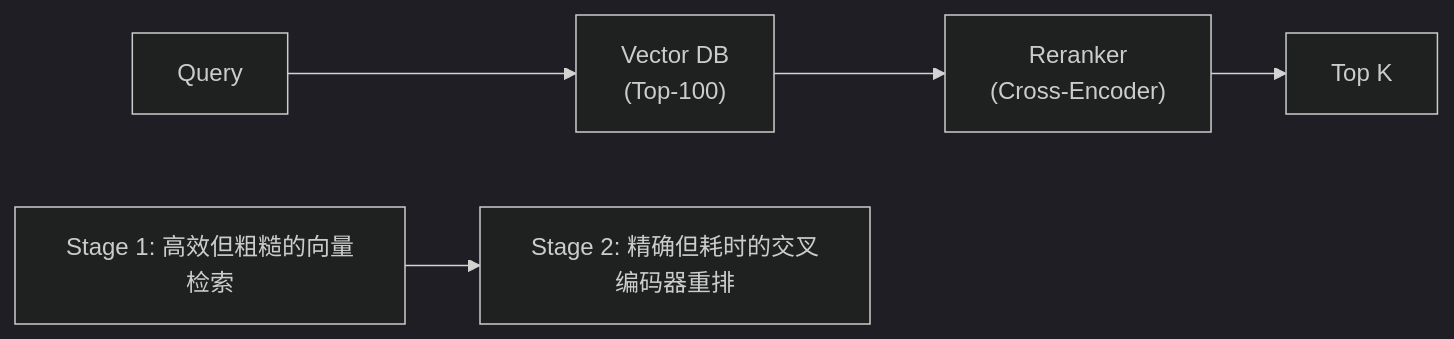
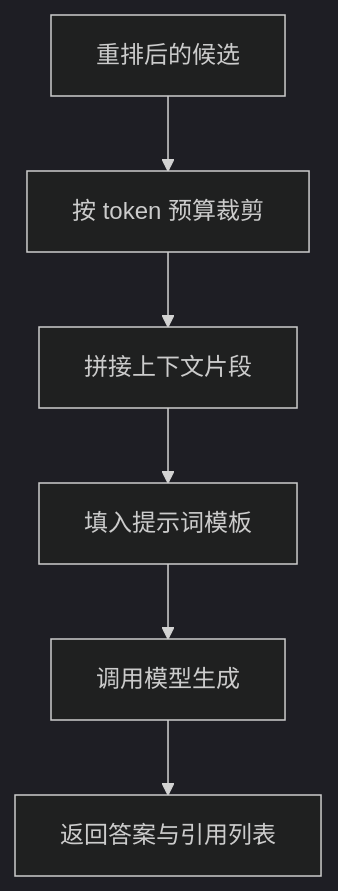
The ninth of 9 diagrams in docs/agent/applications/rag-principles-retrieval.md (Shyu-x/frontend-interview), drawn with Mermaid (dark theme) before and after one commit. The commit also changed other lines of this file and 58 other files, not shown here.

````diff
--- a/docs/agent/applications/rag-principles-retrieval.md
+++ b/docs/agent/applications/rag-principles-retrieval.md
@@ -1307,8 +1104,8 @@
 ```mermaid
-flowchart LR
-    Q["Query"] --> VDB["Vector DB<br/>(Top-100)"]
-    VDB --> RR["Reranker<br/>(Cross-Encoder)"]
-    RR --> TOP["Top K"]
-
-    S1["Stage 1: 高效但粗糙的向量检索"] --> S2["Stage 2: 精确但耗时的交叉编码器重排"]
+flowchart TB
+    A["重排后的候选"] --> B["按 token 预算裁剪"]
+    B --> C["拼接上下文片段"]
+    C --> D["填入提示词模板"]
+    D --> E["调用模型生成"]
+    E --> F["返回答案与引用列表"]
 ```
````
